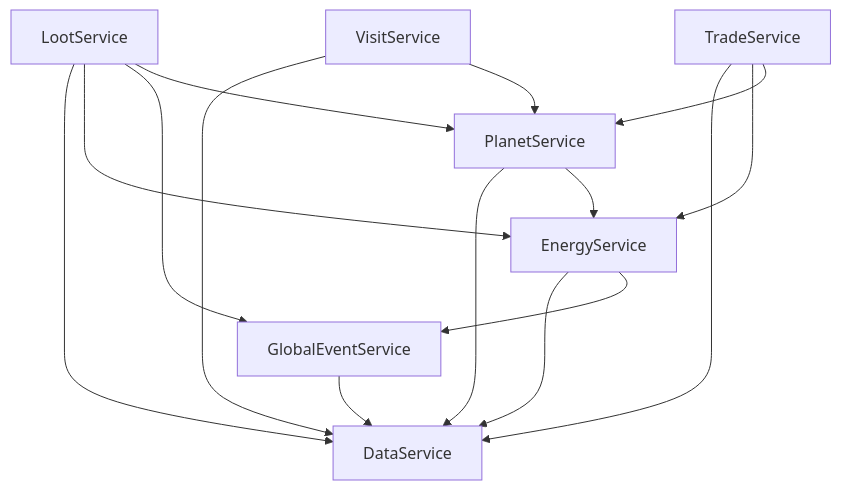
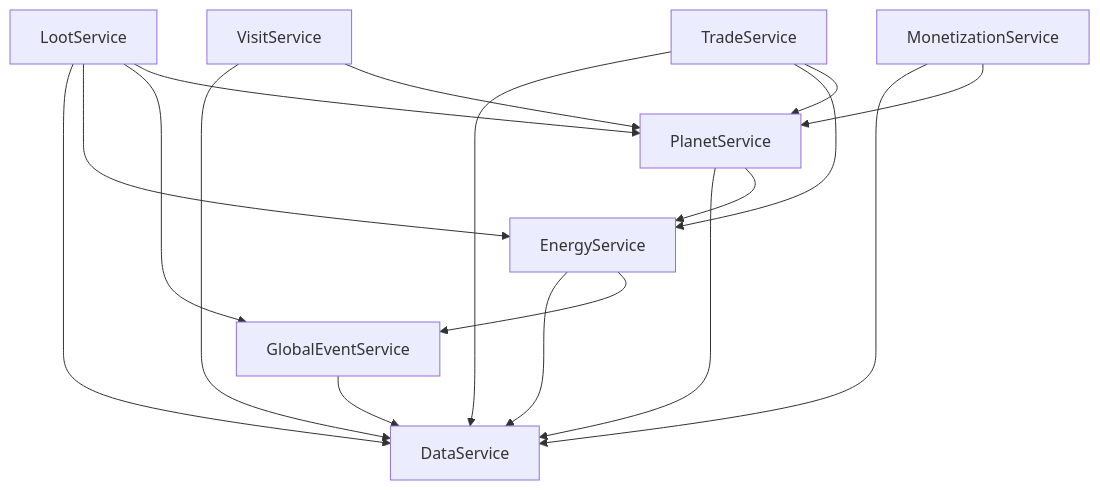
The diagram in docs/ARCHITEKTUR.md (noahschilling2011-collab/roblox-), drawn with Mermaid before and after one commit. The commit also changed other lines of this file and 12 other files, not shown here.

````diff
--- a/docs/ARCHITEKTUR.md
+++ b/docs/ARCHITEKTUR.md
@@ -55,18 +56,20 @@
 ```mermaid
 graph TD
     Energy[EnergyService] --> Data[DataService]
     Planet[PlanetService] --> Data
     Loot[LootService] --> Data
     Event[GlobalEventService] --> Data
     Visit[VisitService] --> Data
     Trade[TradeService] --> Data
 
     Energy --> Event
     Planet --> Energy
     Loot --> Energy
     Loot --> Event
     Loot --> Planet
     Visit --> Planet
     Trade --> Energy
     Trade --> Planet
+    Monetization[MonetizationService] --> Data
+    Monetization --> Planet
 ```
````
